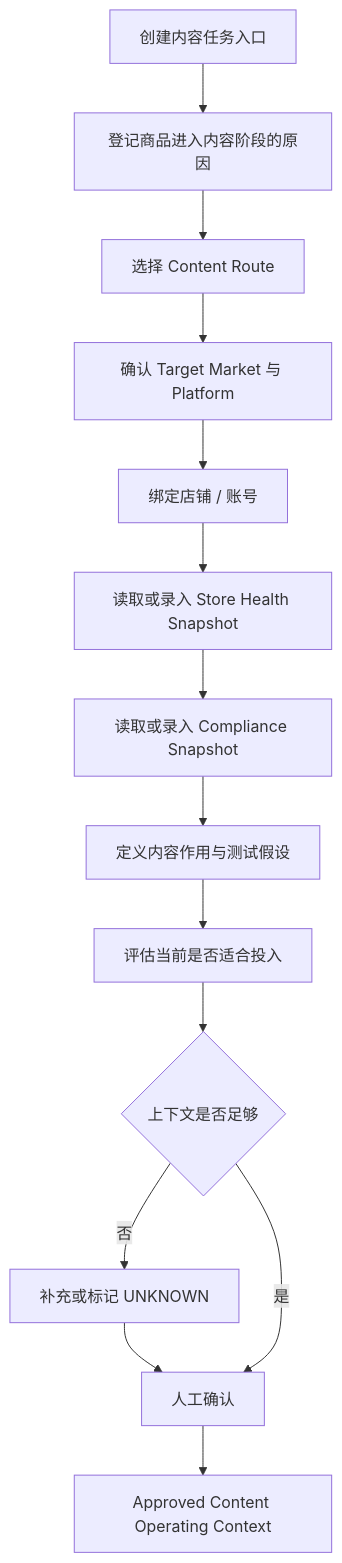
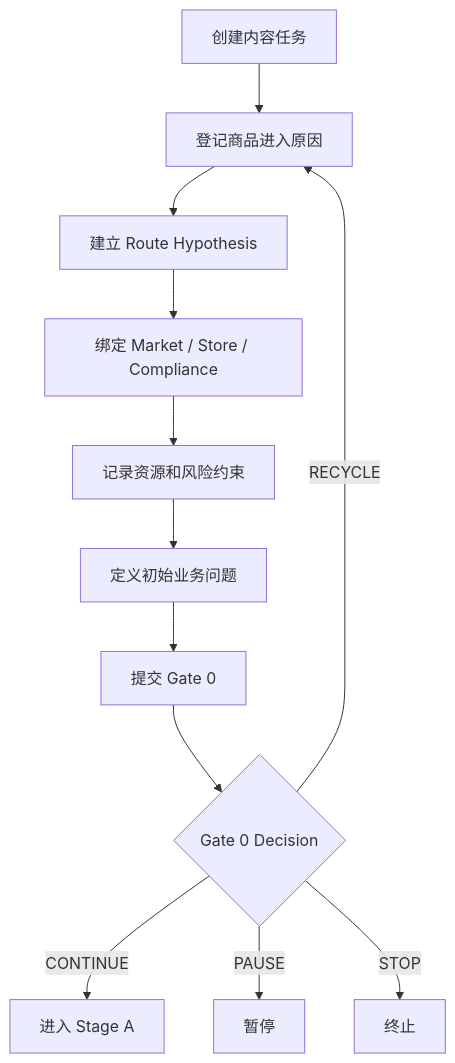
The second of 7 diagrams in 04_RELEASE_1_BUSINESS_PROCESS.md (SONG-36/TK_Video_Intelligence_Workbench), drawn with Mermaid before and after one commit. The commit also changed other lines of this file and 8 other files, not shown here.

````diff
--- a/04_RELEASE_1_BUSINESS_PROCESS.md
+++ b/04_RELEASE_1_BUSINESS_PROCESS.md
@@ -99,21 +92,17 @@
 ```mermaid
 flowchart TB
-    A[创建内容任务入口]
-    B[登记商品进入内容阶段的原因]
-    C[选择 Content Route]
-    D[确认 Target Market 与 Platform]
-    E[绑定店铺 / 账号]
-    F[读取或录入 Store Health Snapshot]
-    G[读取或录入 Compliance Snapshot]
-    H[定义内容作用与测试假设]
-    I[评估当前是否适合投入]
-    J{上下文是否足够}
-    K[补充或标记 UNKNOWN]
-    L[人工确认]
-    M[Approved Content Operating Context]
+    A[创建内容任务]
+    B[登记商品进入原因]
+    C[建立 Route Hypothesis]
+    D[绑定 Market / Store / Compliance]
+    E[记录资源和风险约束]
+    F[定义初始业务问题]
+    G[提交 Gate 0]
+    H{Gate 0 Decision}
 
-    A --> B --> C --> D --> E --> F --> G --> H --> I --> J
-    J -- 否 --> K --> L
-    J -- 是 --> L
-    L --> M
+    A --> B --> C --> D --> E --> F --> G --> H
+    H -- CONTINUE --> I[进入 Stage A]
+    H -- PAUSE --> P[暂停]
+    H -- STOP --> S[终止]
+    H -- RECYCLE --> B
 ```
````
